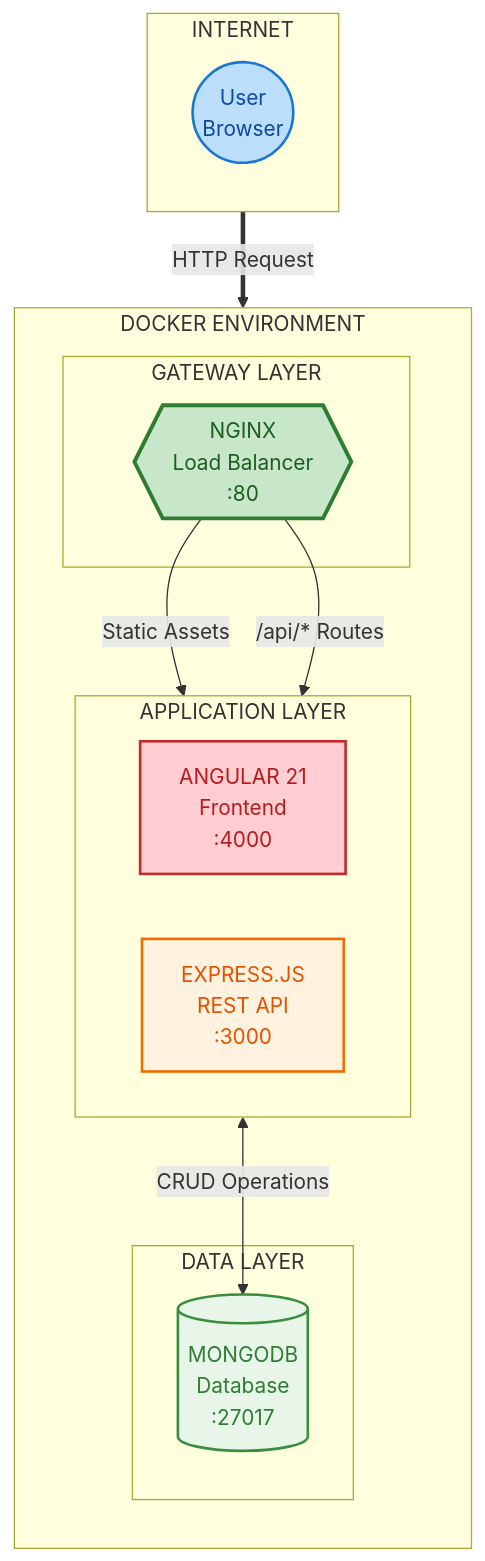
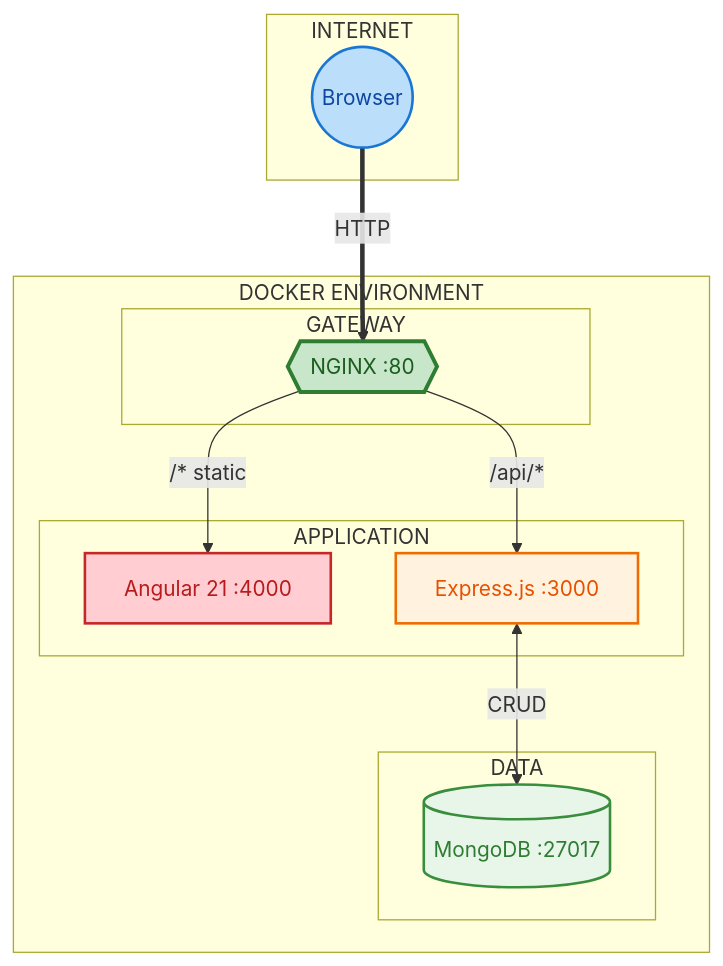
The first of 4 diagrams in README.md (2015pushkar/mean-stack-dockerized), drawn with Mermaid before and after one commit. The commit also changed other lines of this file, not shown here.

````diff
--- a/README.md
+++ b/README.md
@@ -112,43 +25,36 @@
 ```mermaid
 flowchart TB
     subgraph Internet["INTERNET"]
-        direction TB
-        client(("User<br/>Browser"))
+        client(("Browser"))
     end
 
     subgraph Docker["DOCKER ENVIRONMENT"]
-        direction TB
-        
-        subgraph Gateway["GATEWAY LAYER"]
-            nginx{{"NGINX<br/>Load Balancer<br/>:80"}}
+        subgraph Gateway["GATEWAY"]
+            nginx{{"NGINX :80"}}
         end
-
-        subgraph Services["APPLICATION LAYER"]
-            direction LR
-            angular["ANGULAR 21<br/>Frontend<br/>:4000"]
-            express["EXPRESS.JS<br/>REST API<br/>:3000"]
+        subgraph App["APPLICATION"]
+            angular["Angular 21 :4000"]
+            express["Express.js :3000"]
         end
-
-        subgraph Data["DATA LAYER"]
-            mongodb[("MONGODB<br/>Database<br/>:27017")]
+        subgraph Data["DATA"]
+            mongodb[("MongoDB :27017")]
         end
     end
 
-    client ==>|"HTTP Request"| nginx
-    nginx -->|"Static Assets"| angular
-    nginx -->|"/api/* Routes"| express
-    express <-->|"CRUD Operations"| mongodb
+    client ==>|"HTTP"| nginx
+    nginx -->|"/* static"| angular
+    nginx -->|"/api/*"| express
+    express <-->|"CRUD"| mongodb
 
-    classDef internet fill:#e1f5fe,stroke:#01579b,stroke-width:2px,color:#01579b
     classDef gateway fill:#c8e6c9,stroke:#2e7d32,stroke-width:3px,color:#1b5e20
     classDef frontend fill:#ffcdd2,stroke:#c62828,stroke-width:2px,color:#b71c1c
     classDef backend fill:#fff3e0,stroke:#ef6c00,stroke-width:2px,color:#e65100
     classDef database fill:#e8f5e9,stroke:#388e3c,stroke-width:2px,color:#2e7d32
     classDef user fill:#bbdefb,stroke:#1976d2,stroke-width:2px,color:#0d47a1
 
     class client user
     class nginx gateway
     class angular frontend
     class express backend
     class mongodb database
 ```
````
